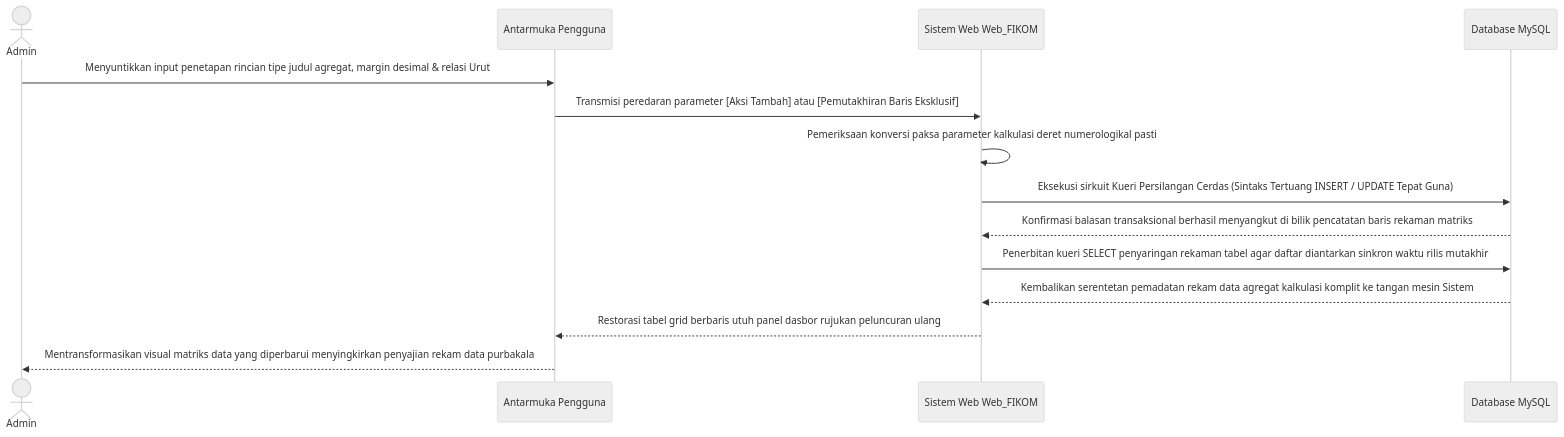
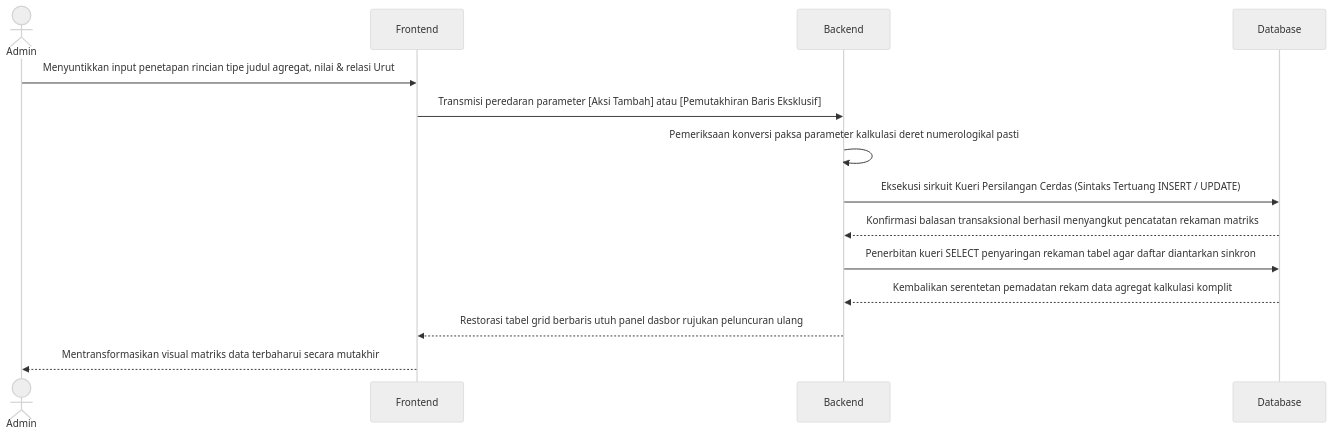
The third of 4 diagrams in docs/02_DIAGRAM_URUTAN_SEQUENCE.md (arbain-dev/Web_fikom), drawn with Mermaid (neutral theme) before and after one commit. The commit also changed other lines of this file, not shown here.

Commit message:
docs: mengubah nomenklatur entitas diagram sequence menjadi murni 3 pilar (Frontend, Backend, Database)

````diff
--- a/docs/02_DIAGRAM_URUTAN_SEQUENCE.md
+++ b/docs/02_DIAGRAM_URUTAN_SEQUENCE.md
@@ -55,17 +53,17 @@
 ```mermaid
 sequenceDiagram
     actor Admin
-    participant Antarmuka as Antarmuka Pengguna
-    participant Sistem as Sistem Web Web_FIKOM
-    participant Database as Database MySQL
+    participant Frontend as Frontend
+    participant Backend as Backend
+    participant Database as Database
     
-    Admin->>Antarmuka: Menyuntikkan input penetapan rincian tipe judul agregat, margin desimal & relasi Urut
-    Antarmuka->>Sistem: Transmisi peredaran parameter [Aksi Tambah] atau [Pemutakhiran Baris Eksklusif]
-    Sistem->>Sistem: Pemeriksaan konversi paksa parameter kalkulasi deret numerologikal pasti
-    Sistem->>Database: Eksekusi sirkuit Kueri Persilangan Cerdas (Sintaks Tertuang INSERT / UPDATE Tepat Guna)
-    Database-->>Sistem: Konfirmasi balasan transaksional berhasil menyangkut di bilik pencatatan baris rekaman matriks
-    Sistem->>Database: Penerbitan kueri SELECT penyaringan rekaman tabel agar daftar diantarkan sinkron waktu rilis mutakhir
-    Database-->>Sistem: Kembalikan serentetan pemadatan rekam data agregat kalkulasi komplit ke tangan mesin Sistem
-    Sistem-->>Antarmuka: Restorasi tabel grid berbaris utuh panel dasbor rujukan peluncuran ulang
-    Antarmuka-->>Admin: Mentransformasikan visual matriks data yang diperbarui menyingkirkan penyajian rekam data purbakala
+    Admin->>Frontend: Menyuntikkan input penetapan rincian tipe judul agregat, nilai & relasi Urut
+    Frontend->>Backend: Transmisi peredaran parameter [Aksi Tambah] atau [Pemutakhiran Baris Eksklusif]
+    Backend->>Backend: Pemeriksaan konversi paksa parameter kalkulasi deret numerologikal pasti
+    Backend->>Database: Eksekusi sirkuit Kueri Persilangan Cerdas (Sintaks Tertuang INSERT / UPDATE)
+    Database-->>Backend: Konfirmasi balasan transaksional berhasil menyangkut pencatatan rekaman matriks
+    Backend->>Database: Penerbitan kueri SELECT penyaringan rekaman tabel agar daftar diantarkan sinkron
+    Database-->>Backend: Kembalikan serentetan pemadatan rekam data agregat kalkulasi komplit
+    Backend-->>Frontend: Restorasi tabel grid berbaris utuh panel dasbor rujukan peluncuran ulang
+    Frontend-->>Admin: Mentransformasikan visual matriks data terbaharui secara mutakhir
 ```
````
